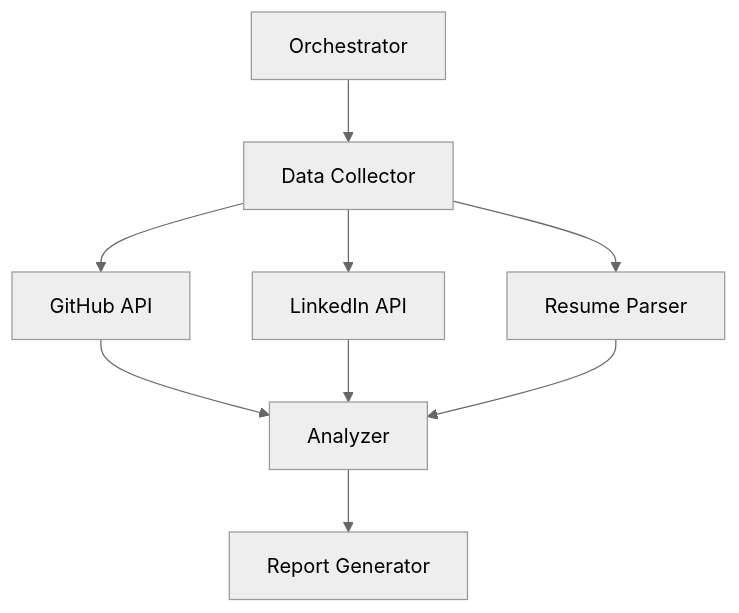
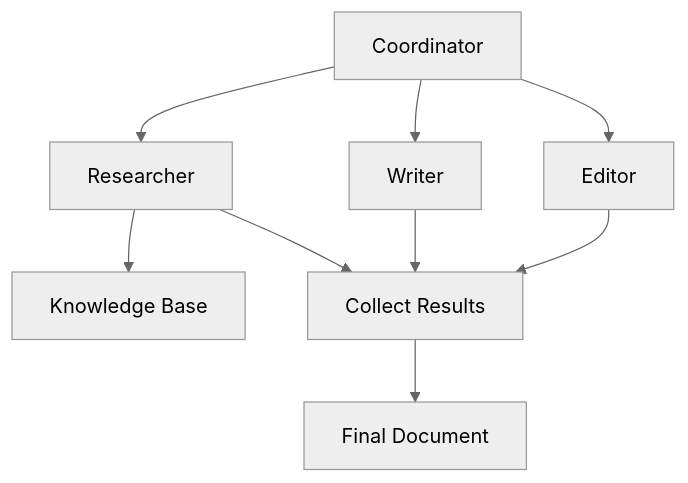
Before and after one commit to muylucir/path: the sixth of 11 diagrams in path-strands-agent/skills/mermaid-diagrams/references/pattern-examples.md, drawn with Mermaid (neutral theme). The commit also changed other lines of this file and 121 other files, not shown here.

````diff
--- a/path-strands-agent/skills/mermaid-diagrams/references/pattern-examples.md
+++ b/path-strands-agent/skills/mermaid-diagrams/references/pattern-examples.md
@@ -47,11 +61,11 @@
 ```mermaid
 graph TD
-    A[Orchestrator] --> B[Data Collector]
-    B --> C[GitHub API]
-    B --> D[LinkedIn API]
-    B --> E[Resume Parser]
-    C --> F[Analyzer]
-    D --> F
-    E --> F
-    F --> G[Report Generator]
+    A[Coordinator] --> B[Researcher]
+    A --> C[Writer]
+    A --> D[Editor]
+    B --> E[Knowledge Base]
+    B --> Collect[Collect Results]
+    C --> Collect
+    D --> Collect
+    Collect --> F[Final Document]
 ```
````
